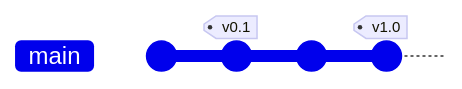
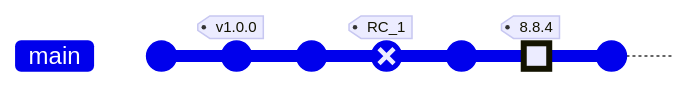
Before and after one commit to teachingai/full-stack-skills: the fourth of 22 diagrams in skills/mermaid/examples/gitgraph.md, drawn with Mermaid. The commit also changed other lines of this file and 1 other file, not shown here. Commit ids are hidden.

First line of the commit message:
docs(mermaid): 更新甘特图和Git图表示例文档

````diff
--- a/skills/mermaid/examples/gitgraph.md
+++ b/skills/mermaid/examples/gitgraph.md
@@ -58,7 +73,10 @@
 ```mermaid
 gitGraph
-    commit id: "Initial commit"
-    commit id: "Add feature A" tag: "v0.1"
-    commit id: "Add feature B"
-    commit id: "Release" tag: "v1.0"
+    commit
+    commit id: "Normal" tag: "v1.0.0"
+    commit
+    commit id: "Reverse" type: REVERSE tag: "RC_1"
+    commit
+    commit id: "Highlight" type: HIGHLIGHT tag: "8.8.4"
+    commit
 ```
````
